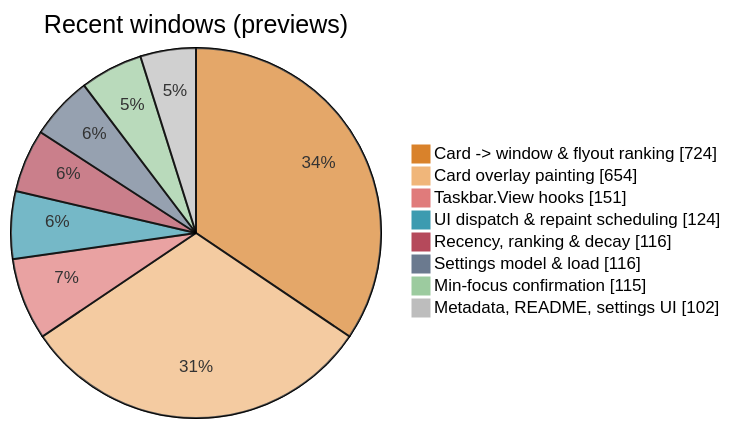
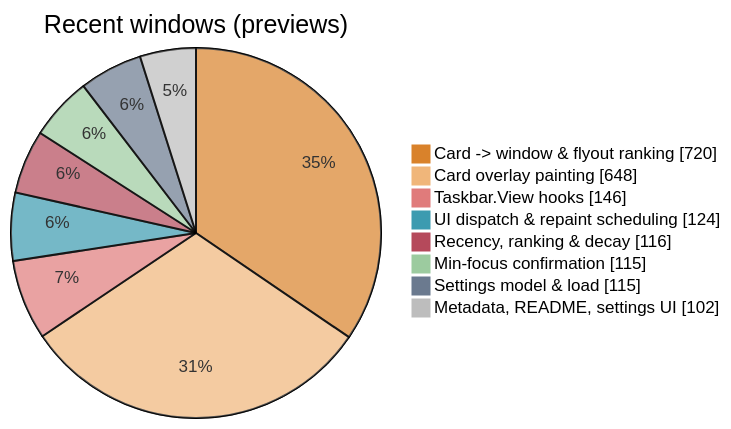
Before and after one commit to jvlasek/taskbar-recent-focus-highlight: the fifth of 5 diagrams in doc/code/code-breakdown.md, drawn with Mermaid. The commit also changed other lines of this file and 12 other files, not shown here.

````diff
--- a/doc/code/code-breakdown.md
+++ b/doc/code/code-breakdown.md
@@ -153,12 +153,12 @@
 ```mermaid
-%%{init: {"themeVariables": {"pie1": "#D9822B", "pie2": "#F0B67A", "pie3": "#E07B7B", "pie4": "#3C9BB0", "pie5": "#B5495B", "pie6": "#6B7A8F", "pie7": "#9CCB9F", "pie8": "#BDBDBD", "pieOuterStrokeWidth": "1px"}}}%%
+%%{init: {"themeVariables": {"pie1": "#D9822B", "pie2": "#F0B67A", "pie3": "#E07B7B", "pie4": "#3C9BB0", "pie5": "#B5495B", "pie6": "#9CCB9F", "pie7": "#6B7A8F", "pie8": "#BDBDBD", "pieOuterStrokeWidth": "1px"}}}%%
 pie showData title Recent windows (previews)
-    "Card -> window & flyout ranking" : 724
-    "Card overlay painting" : 654
-    "Taskbar.View hooks" : 151
+    "Card -> window & flyout ranking" : 720
+    "Card overlay painting" : 648
+    "Taskbar.View hooks" : 146
     "UI dispatch & repaint scheduling" : 124
     "Recency, ranking & decay" : 116
-    "Settings model & load" : 116
     "Min-focus confirmation" : 115
+    "Settings model & load" : 115
     "Metadata, README, settings UI" : 102
 ```
````
